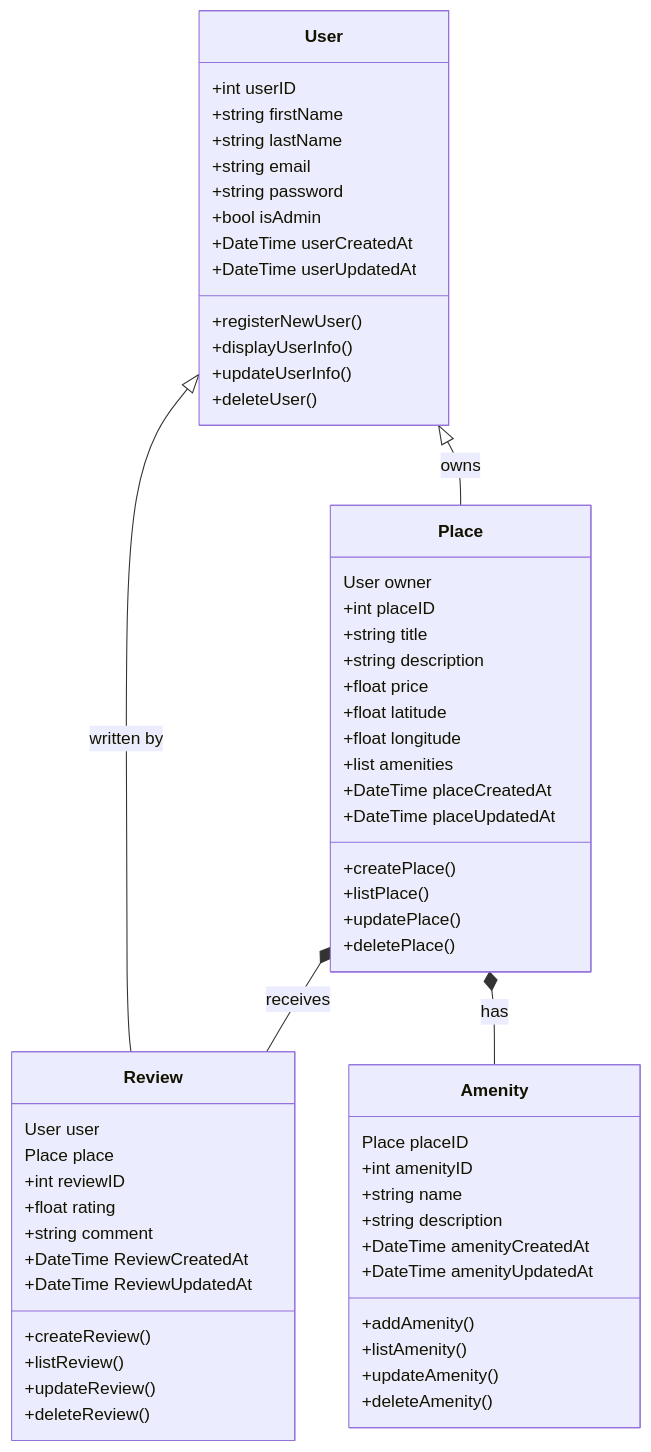
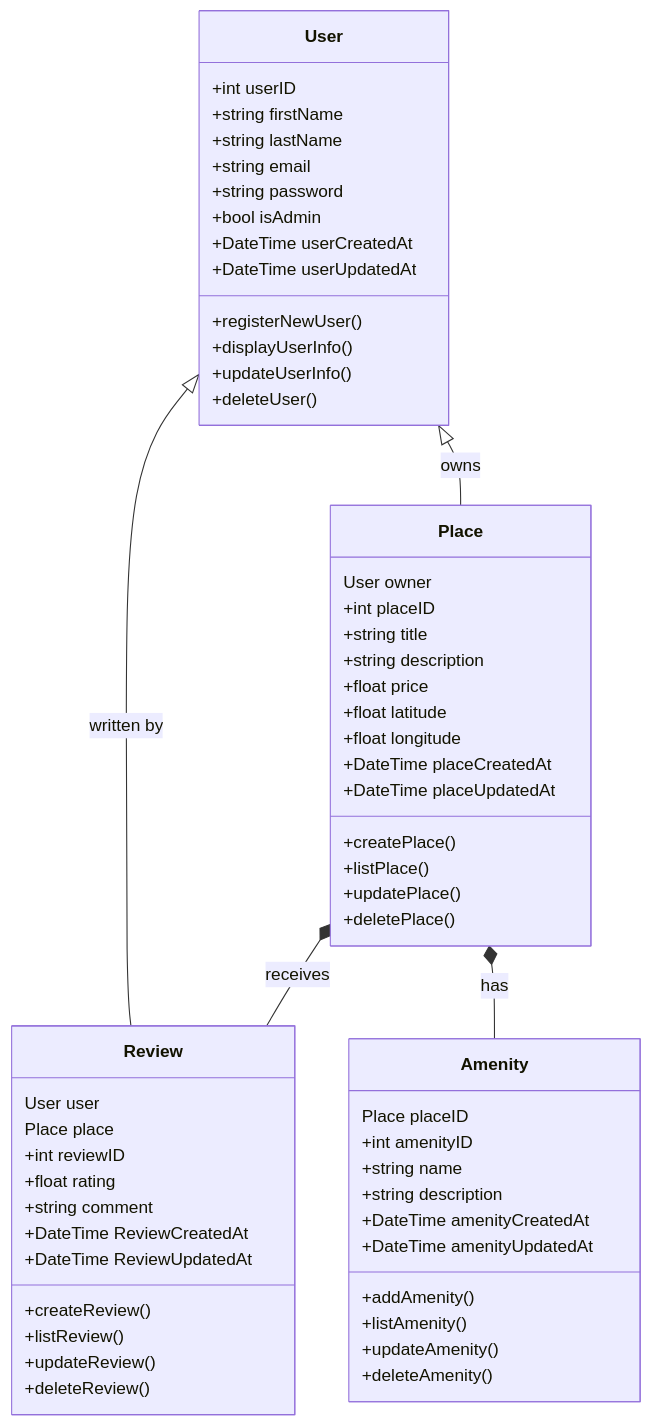
One commit to Basco64/HBNB_UML changed the diagram in 1.Detailled_class_diagram_for_business_logic.md. Above: the diagram before and after it, drawn with Mermaid.

````diff
--- a/1.Detailled_class_diagram_for_business_logic.md
+++ b/1.Detailled_class_diagram_for_business_logic.md
@@ -1,67 +1,66 @@
 ```mermaid
 classDiagram
 
 class User {
     +int userID
     +string firstName
     +string lastName
     +string email
     +string password
     +bool isAdmin
     +DateTime userCreatedAt
     +DateTime userUpdatedAt
     +registerNewUser()
     +displayUserInfo()
     +updateUserInfo()
     +deleteUser()
 }
 
 class Place {
     User owner
     +int placeID
     +string title
     +string description
     +float price
     +float latitude
     +float longitude
-    +list amenities
     +DateTime placeCreatedAt
     +DateTime placeUpdatedAt
     +createPlace()
     +listPlace()
     +updatePlace()
     +deletePlace()
 }
 
 class Review {
     User user
     Place place
     +int reviewID
     +float rating
     +string comment
     +DateTime ReviewCreatedAt
     +DateTime ReviewUpdatedAt
     +createReview()
     +listReview()
     +updateReview()
     +deleteReview()
 }
 
 class Amenity {
     Place placeID
     +int amenityID
     +string name
     +string description
     +DateTime amenityCreatedAt
     +DateTime amenityUpdatedAt
     +addAmenity()
     +listAmenity()
     +updateAmenity()
     +deleteAmenity()
 }
 
 User <|-- Place : owns
 User <|-- Review : written by
 Place *-- Review : receives
 Place *-- Amenity : has
 ```
````
